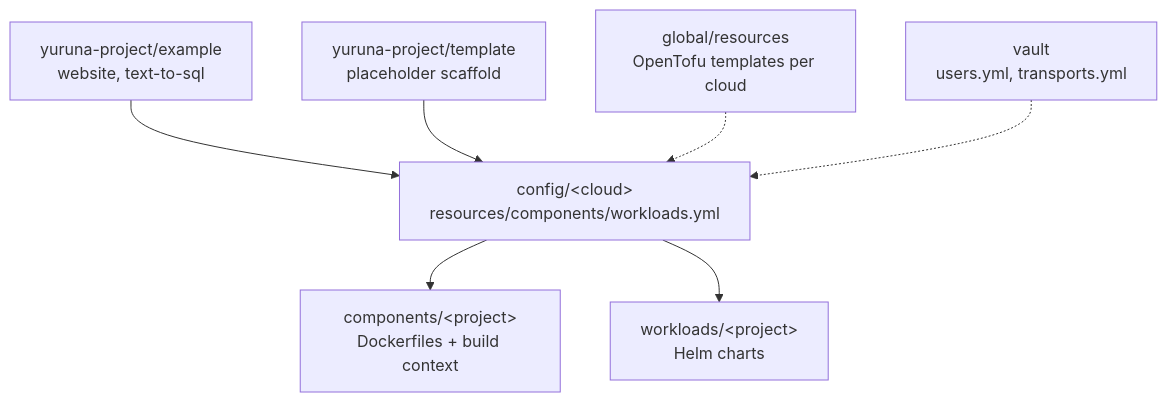
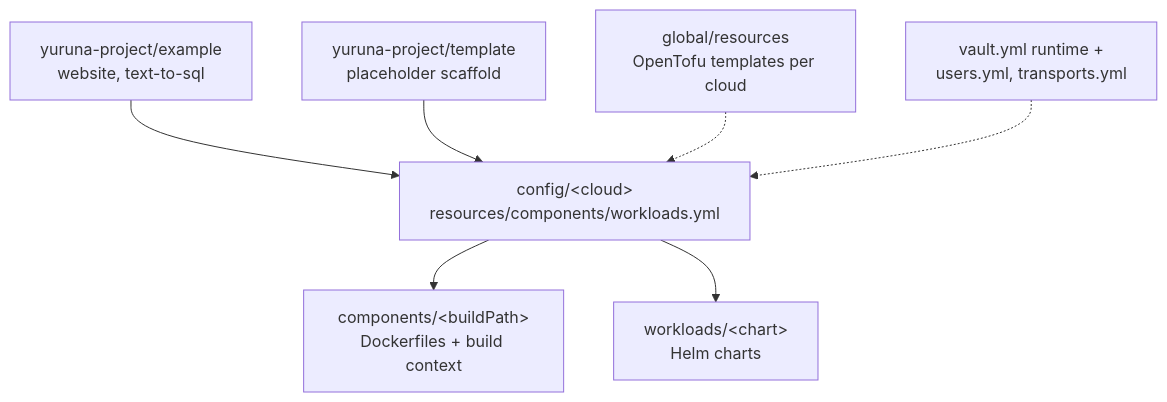
Before and after one commit to alissonsol/yuruna: the sixth of 7 diagrams in docs/design/02-component-breakdown.md, drawn with Mermaid. The commit also changed other lines of this file and 492 other files, not shown here.

````diff
--- a/docs/design/02-component-breakdown.md
+++ b/docs/design/02-component-breakdown.md
@@ -105,17 +120,17 @@
 ```mermaid
 flowchart TD
     examples[yuruna-project/example<br/>website, text-to-sql]
     template[yuruna-project/template<br/>placeholder scaffold]
     cloud-config[config/&lt;cloud&gt;<br/>resources/components/workloads.yml]
-    components-dir[components/&lt;project&gt;<br/>Dockerfiles + build context]
-    workloads-dir[workloads/&lt;project&gt;<br/>Helm charts]
+    components-dir[components/&lt;buildPath&gt;<br/>Dockerfiles + build context]
+    workloads-dir[workloads/&lt;chart&gt;<br/>Helm charts]
     global-resources[global/resources<br/>OpenTofu templates per cloud]
-    vault[vault<br/>users.yml, transports.yml]
+    vault[vault.yml runtime +<br/>users.yml, transports.yml]
 
     examples --> cloud-config
     template --> cloud-config
     cloud-config --> components-dir
     cloud-config --> workloads-dir
     global-resources -.-> cloud-config
     vault -.-> cloud-config
 ```
````
